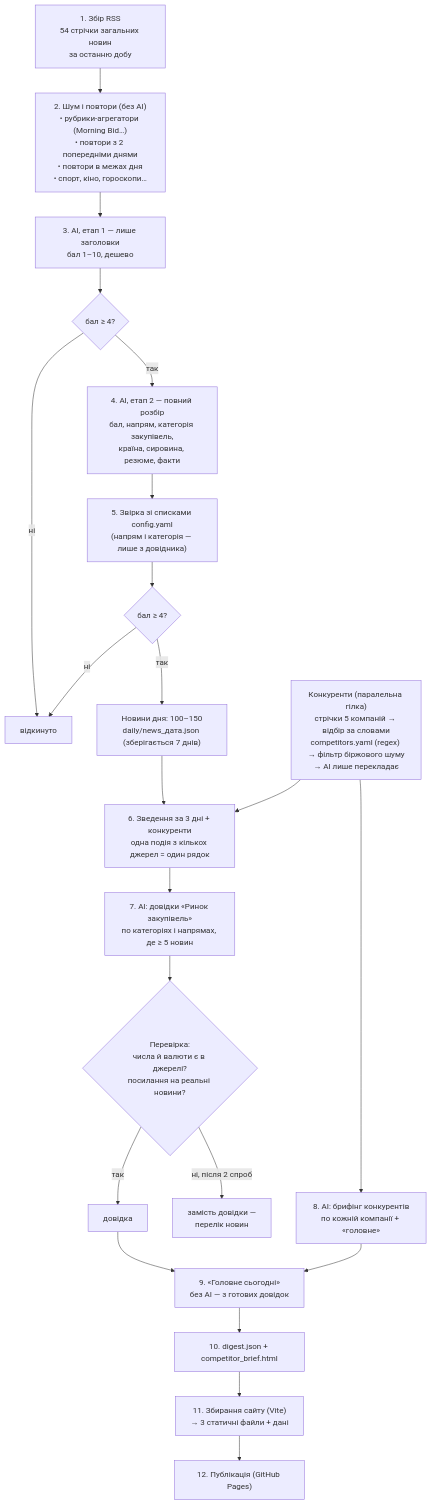
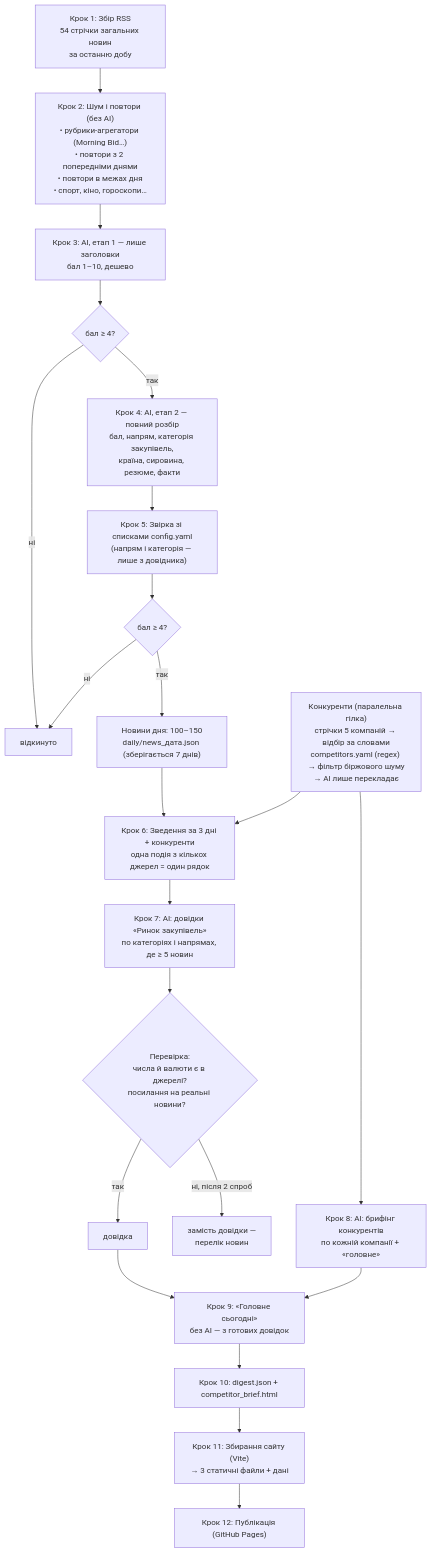
Before and after one commit to DavydenkoYuliya/news-digest: the second of 7 diagrams in docs/2-arhitektura.md, drawn with Mermaid.

Commit message:
Схема процесу: підписи кроків відображаються на GitHub

````diff
--- a/docs/2-arhitektura.md
+++ b/docs/2-arhitektura.md
@@ -58,27 +58,27 @@
 ```mermaid
 flowchart TD
-    A["1. Збір RSS<br/>54 стрічки загальних новин<br/>за останню добу"] --> B
-    B["2. Шум і повтори (без AI)<br/>• рубрики-агрегатори (Morning Bid…)<br/>• повтори з 2 попередніми днями<br/>• повтори в межах дня<br/>• спорт, кіно, гороскопи…"] --> C
-    C["3. AI, етап 1 — лише заголовки<br/>бал 1–10, дешево"] --> D{"бал ≥ 4?"}
+    A["Крок 1: Збір RSS<br/>54 стрічки загальних новин<br/>за останню добу"] --> B
+    B["Крок 2: Шум і повтори (без AI)<br/>• рубрики-агрегатори (Morning Bid…)<br/>• повтори з 2 попередніми днями<br/>• повтори в межах дня<br/>• спорт, кіно, гороскопи…"] --> C
+    C["Крок 3: AI, етап 1 — лише заголовки<br/>бал 1–10, дешево"] --> D{"бал ≥ 4?"}
     D -- ні --> X["відкинуто"]
-    D -- так --> E["4. AI, етап 2 — повний розбір<br/>бал, напрям, категорія закупівель,<br/>країна, сировина, резюме, факти"]
-    E --> F["5. Звірка зі списками config.yaml<br/>(напрям і категорія — лише з довідника)"]
+    D -- так --> E["Крок 4: AI, етап 2 — повний розбір<br/>бал, напрям, категорія закупівель,<br/>країна, сировина, резюме, факти"]
+    E --> F["Крок 5: Звірка зі списками config.yaml<br/>(напрям і категорія — лише з довідника)"]
     F --> G{"бал ≥ 4?"}
     G -- ні --> X
     G -- так --> H["Новини дня: 100–150<br/>daily/news_дата.json (зберігається 7 днів)"]
 
     K["Конкуренти (паралельна гілка)<br/>стрічки 5 компаній → відбір за словами<br/>competitors.yaml (regex) → фільтр біржового шуму<br/>→ AI лише перекладає"]
 
-    H --> L["6. Зведення за 3 дні + конкуренти<br/>одна подія з кількох джерел = один рядок"]
+    H --> L["Крок 6: Зведення за 3 дні + конкуренти<br/>одна подія з кількох джерел = один рядок"]
     K --> L
-    L --> M["7. AI: довідки «Ринок закупівель»<br/>по категоріях і напрямах, де ≥ 5 новин"]
+    L --> M["Крок 7: AI: довідки «Ринок закупівель»<br/>по категоріях і напрямах, де ≥ 5 новин"]
     M --> N{"Перевірка:<br/>числа й валюти є в джерелі?<br/>посилання на реальні новини?"}
     N -- так --> O["довідка"]
     N -- "ні, після 2 спроб" --> P["замість довідки —<br/>перелік новин"]
-    K --> Q["8. AI: брифінг конкурентів<br/>по кожній компанії + «головне»"]
-    O --> R["9. «Головне сьогодні»<br/>без AI — з готових довідок"]
+    K --> Q["Крок 8: AI: брифінг конкурентів<br/>по кожній компанії + «головне»"]
+    O --> R["Крок 9: «Головне сьогодні»<br/>без AI — з готових довідок"]
     Q --> R
-    R --> S["10. digest.json + competitor_brief.html"]
-    S --> T["11. Збирання сайту (Vite)<br/>→ 3 статичні файли + дані"]
-    T --> U["12. Публікація (GitHub Pages)"]
+    R --> S["Крок 10: digest.json + competitor_brief.html"]
+    S --> T["Крок 11: Збирання сайту (Vite)<br/>→ 3 статичні файли + дані"]
+    T --> U["Крок 12: Публікація (GitHub Pages)"]
 ```
````
